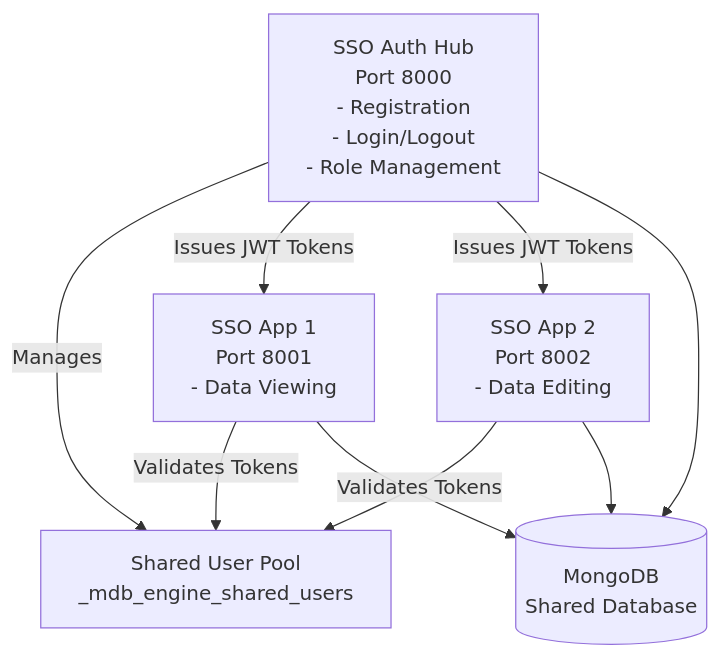
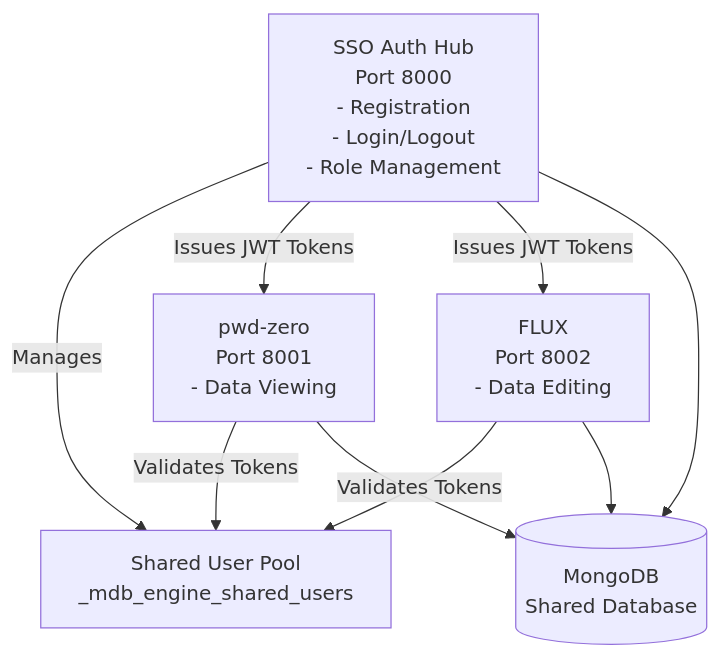
The diagram in examples/advanced/sso-multi-app/README.md (ranfysvalle02/mdb-runtime), drawn with Mermaid before and after one commit. The commit also changed other lines of this file and 9 other files, not shown here.

````diff
--- a/examples/advanced/sso-multi-app/README.md
+++ b/examples/advanced/sso-multi-app/README.md
@@ -7,21 +7,21 @@
 ```mermaid
 graph TB
     AuthHub[SSO Auth Hub<br/>Port 8000<br/>- Registration<br/>- Login/Logout<br/>- Role Management]
     
-    SSOApp1[SSO App 1<br/>Port 8001<br/>- Data Viewing]
-    SSOApp2[SSO App 2<br/>Port 8002<br/>- Data Editing]
+    SSOApp1[pwd-zero<br/>Port 8001<br/>- Data Viewing]
+    SSOApp2[FLUX<br/>Port 8002<br/>- Data Editing]
     
     MongoDB[(MongoDB<br/>Shared Database)]
     UserPool[Shared User Pool<br/>_mdb_engine_shared_users]
     
     AuthHub -->|Manages| UserPool
     AuthHub -->|Issues JWT Tokens| SSOApp1
     AuthHub -->|Issues JWT Tokens| SSOApp2
     
     SSOApp1 -->|Validates Tokens| UserPool
     SSOApp2 -->|Validates Tokens| UserPool
     
     AuthHub --> MongoDB
     SSOApp1 --> MongoDB
     SSOApp2 --> MongoDB
 ```
````
